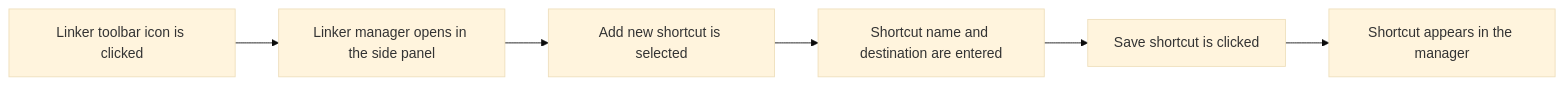
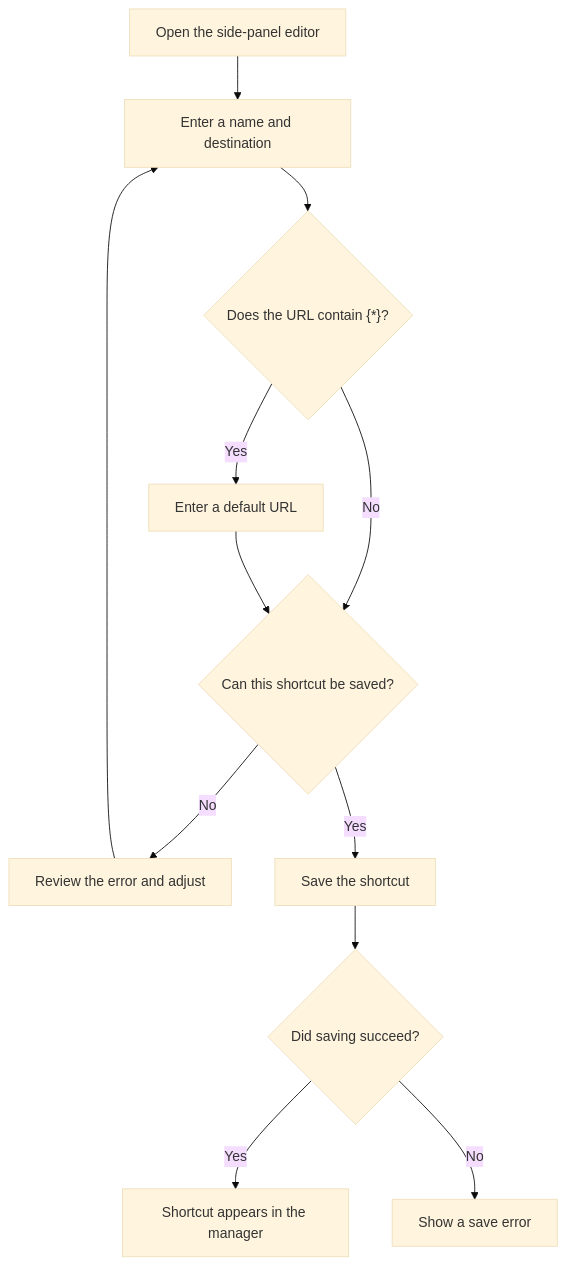
Before and after one commit to taichikuji/Linker: the first of 2 diagrams in README.md, drawn with Mermaid (base theme). The commit also changed other lines of this file, not shown here.

Commit message:
docs: explain shortcut behavior with decision flowcharts

````diff
--- a/README.md
+++ b/README.md
@@ -29,8 +31,16 @@
 ```mermaid
-flowchart LR
-  A["Linker toolbar icon is clicked"] --> B["Linker manager opens in the side panel"]
-  B --> C["Add new shortcut is selected"]
-  C --> D["Shortcut name and destination are entered"]
-  D --> E["Save shortcut is clicked"]
-  E --> F["Shortcut appears in the manager"]
+flowchart TD
+  accTitle: Save a Linker shortcut
+  accDescr: Enter a name and destination, add a default URL if the destination contains a variable, and save if validation and capacity checks pass. Otherwise, review the error and adjust the shortcut. Saving reports success or an error.
+  A["Open the side-panel editor"] --> B["Enter a name and destination"]
+  B --> C{"Does the URL contain {*}?"}
+  C -->|Yes| D["Enter a default URL"]
+  C -->|No| E{"Can this shortcut be saved?"}
+  D --> E
+  E -->|No| F["Review the error and adjust"]
+  F --> B
+  E -->|Yes| G["Save the shortcut"]
+  G --> H{"Did saving succeed?"}
+  H -->|Yes| I["Shortcut appears in the manager"]
+  H -->|No| J["Show a save error"]
 ```
````
